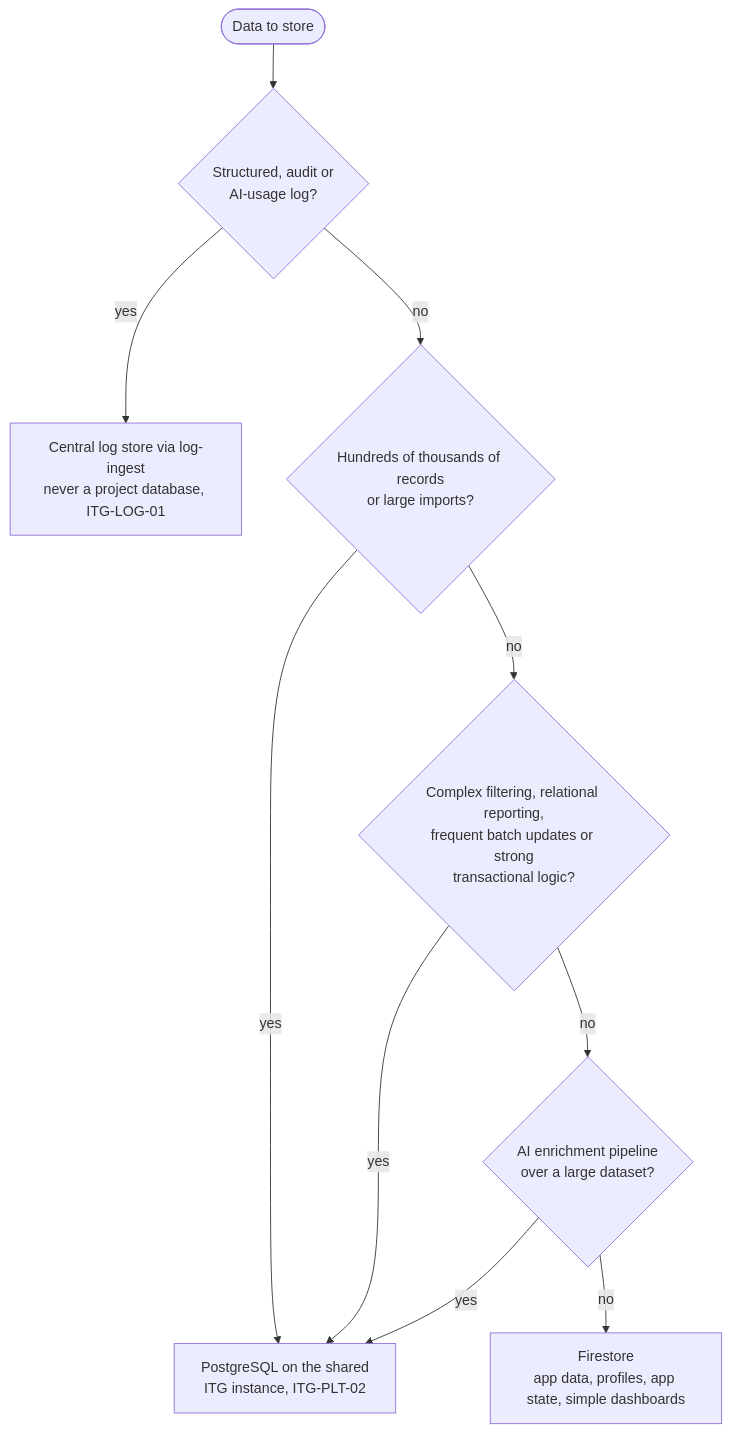
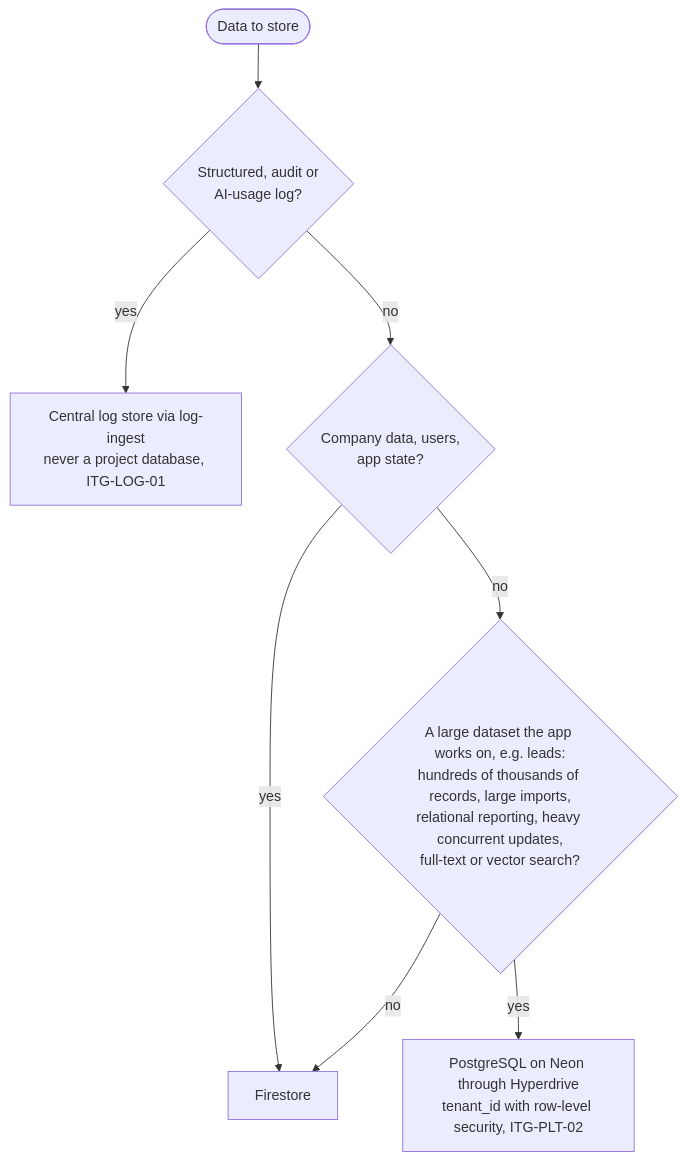
One commit to Improve-To-Grow/MUSUBI changed the first of 3 diagrams in src/templates/shared/steering/rules/itg/data.md. Above: the diagram before and after it, drawn with Mermaid. The commit also changed other lines of this file and 57 other files, not shown here.

````diff
--- a/src/templates/shared/steering/rules/itg/data.md
+++ b/src/templates/shared/steering/rules/itg/data.md
@@ -19,12 +19,10 @@
 ```mermaid
 flowchart TD
     D([Data to store]) --> LOG{Structured, audit or<br/>AI-usage log?}
     LOG -- yes --> CLS[Central log store via log-ingest<br/>never a project database, ITG-LOG-01]
-    LOG -- no --> BIG{Hundreds of thousands of records<br/>or large imports?}
-    BIG -- yes --> PG[PostgreSQL on the shared<br/>ITG instance, ITG-PLT-02]
-    BIG -- no --> REL{Complex filtering, relational reporting,<br/>frequent batch updates or strong<br/>transactional logic?}
-    REL -- yes --> PG
-    REL -- no --> AI{AI enrichment pipeline<br/>over a large dataset?}
-    AI -- yes --> PG
-    AI -- no --> FS[Firestore<br/>app data, profiles, app state, simple dashboards]
+    LOG -- no --> APP{Company data, users,<br/>app state?}
+    APP -- yes --> FS[Firestore]
+    APP -- no --> BIG{A large dataset the app works on, e.g. leads:<br/>hundreds of thousands of records, large imports,<br/>relational reporting, heavy concurrent updates,<br/>full-text or vector search?}
+    BIG -- yes --> PG[PostgreSQL on Neon through Hyperdrive<br/>tenant_id with row-level security, ITG-PLT-02]
+    BIG -- no --> FS
 ```
````
